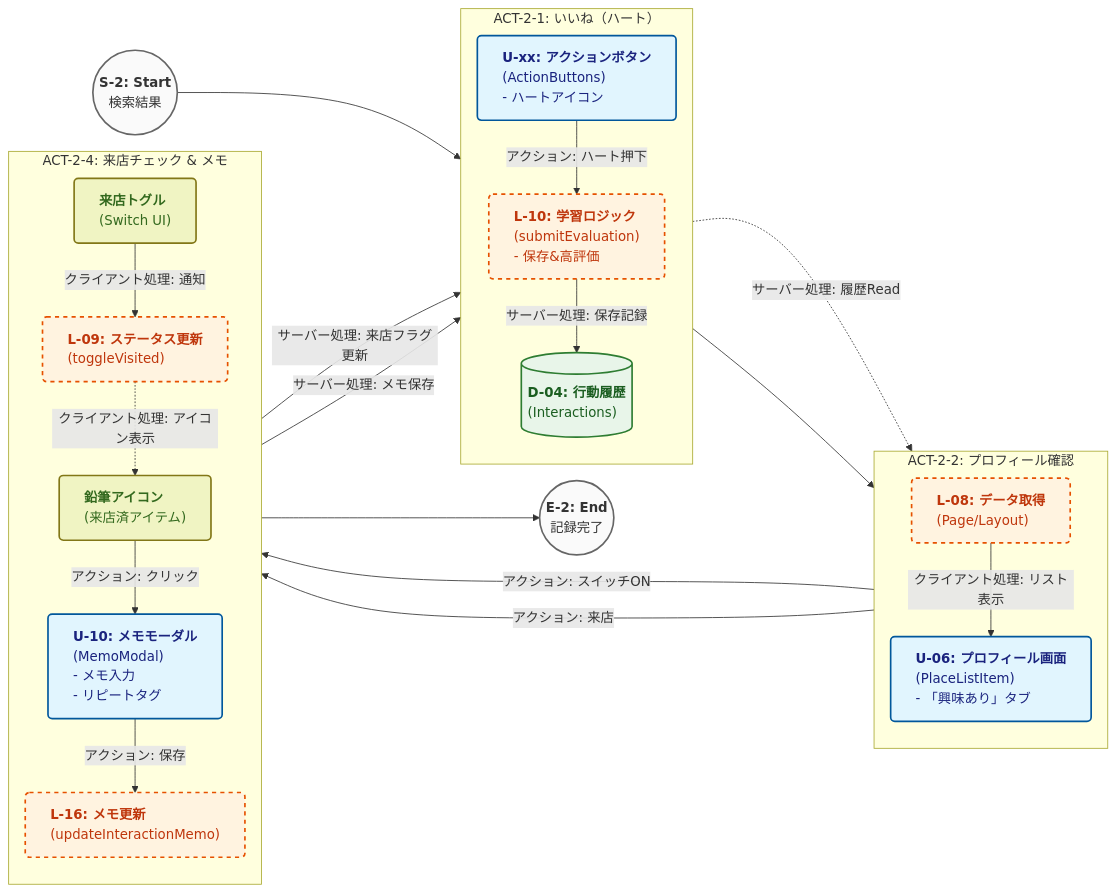
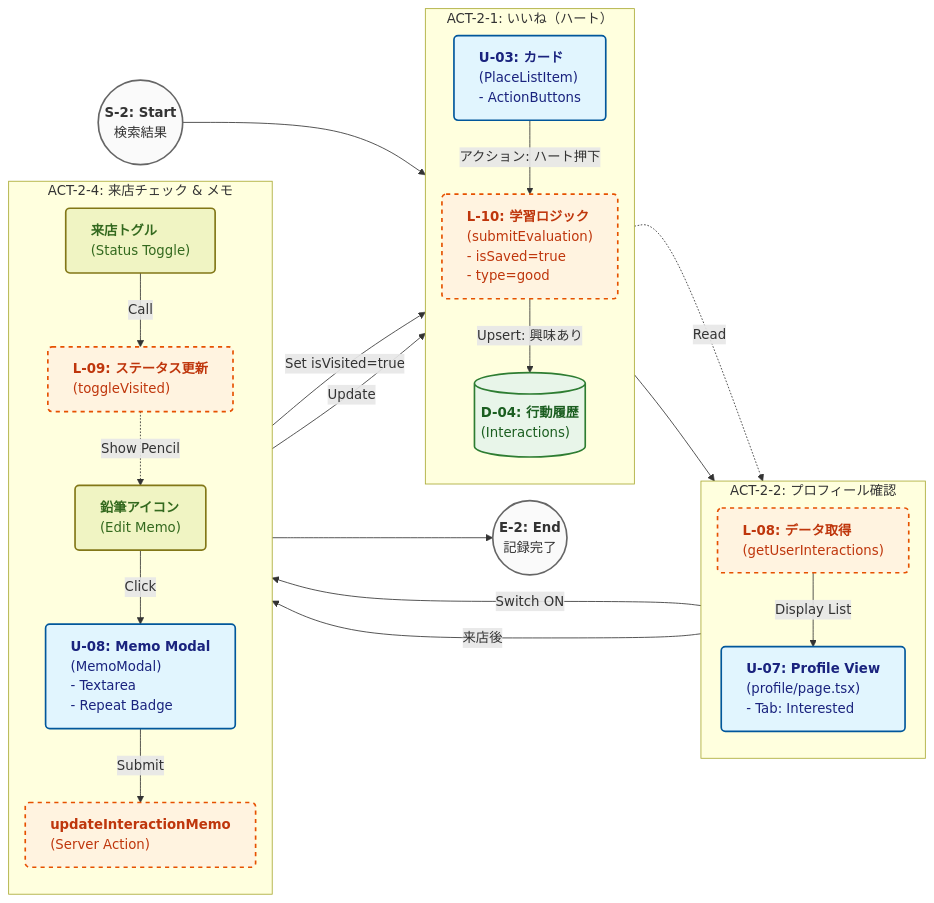
The second of 3 diagrams in docs/仕様書v2.md (plplbody/googlemap-reviews-AIanalyzer), drawn with Mermaid before and after one commit. The commit also changed other lines of this file and 33 other files, not shown here.

````diff
--- a/docs/仕様書v2.md
+++ b/docs/仕様書v2.md
@@ -345,57 +356,57 @@
 ```mermaid
 %%{init: {'flowchart': {'useMaxWidth': false, 'rankSpacing': 40, 'nodeSpacing': 20}}}%%
 flowchart LR
     %% Definitions
     classDef ui fill:#e1f5fe,stroke:#01579b,stroke-width:2px,rx:5,ry:5,color:#1a237e,text-align:left
     classDef comp fill:#f0f4c3,stroke:#827717,stroke-width:2px,rx:5,ry:5,color:#33691e,text-align:left
     classDef logic fill:#fff3e0,stroke:#e65100,stroke-width:2px,stroke-dasharray: 5 5,rx:5,ry:5,color:#bf360c,text-align:left
     classDef db fill:#e8f5e9,stroke:#2e7d32,stroke-width:2px,rx:0,ry:0,color:#1b5e20,text-align:left
     classDef startend fill:#fafafa,stroke:#666,stroke-width:2px,rx:20,ry:20,color:#333
 
     %% Start/End
     S2_Start(("<b>S-2: Start</b><br/>検索結果")):::startend
     S2_End(("<b>E-2: End</b><br/>記録完了")):::startend
 
     subgraph ACT_2_1 ["ACT-2-1: いいね（ハート）"]
         direction TB
-        U_Action["<b>U-xx: アクションボタン</b><br/>(ActionButtons)<br/>- ハートアイコン"]:::ui
-        L_Eval["<b>L-10: 学習ロジック</b><br/>(submitEvaluation)<br/>- 保存&高評価"]:::logic
+        U_Card["<b>U-03: カード</b><br/>(PlaceListItem)<br/>- ActionButtons"]:::ui
+        L_Eval["<b>L-10: 学習ロジック</b><br/>(submitEvaluation)<br/>- isSaved=true<br/>- type=good"]:::logic
         D_04_S2[("<b>D-04: 行動履歴</b><br/>(Interactions)")]:::db
         
-        U_Action -- "アクション: ハート押下" --> L_Eval
-        L_Eval -- "サーバー処理: 保存記録" --> D_04_S2
+        U_Card -- "アクション: ハート押下" --> L_Eval
+        L_Eval -- "Upsert: 興味あり" --> D_04_S2
     end
 
     subgraph ACT_2_2 ["ACT-2-2: プロフィール確認"]
         direction TB
-        U_Profile["<b>U-06: プロフィール画面</b><br/>(PlaceListItem)<br/>- 「興味あり」タブ"]:::ui
-        L_Fetch["<b>L-08: データ取得</b><br/>(Page/Layout)"]:::logic
+        U_Profile["<b>U-07: Profile View</b><br/>(profile/page.tsx)<br/>- Tab: Interested"]:::ui
+        L_Fetch["<b>L-08: データ取得</b><br/>(getUserInteractions)"]:::logic
         
-        D_04_S2 -. "サーバー処理: 履歴Read" .-> L_Fetch
-        L_Fetch -- "クライアント処理: リスト表示" --> U_Profile
+        D_04_S2 -. "Read" .-> L_Fetch
+        L_Fetch -- "Display List" --> U_Profile
     end
 
     subgraph ACT_2_4 ["ACT-2-4: 来店チェック & メモ"]
         direction TB
-        C_Toggle["<b>来店トグル</b><br/>(Switch UI)"]:::comp
-        C_Pencil["<b>鉛筆アイコン</b><br/>(来店済アイテム)"]:::comp
-        U_Memo["<b>U-10: メモモーダル</b><br/>(MemoModal)<br/>- メモ入力<br/>- リピートタグ"]:::ui
+        C_Toggle["<b>来店トグル</b><br/>(Status Toggle)"]:::comp
+        C_Pencil["<b>鉛筆アイコン</b><br/>(Edit Memo)"]:::comp
+        U_Memo["<b>U-08: Memo Modal</b><br/>(MemoModal)<br/>- Textarea<br/>- Repeat Badge"]:::ui
         
         L_Status["<b>L-09: ステータス更新</b><br/>(toggleVisited)"]:::logic
-        L_Memo["<b>L-16: メモ更新</b><br/>(updateInteractionMemo)"]:::logic
+        L_Memo["<b>updateInteractionMemo</b><br/>(Server Action)"]:::logic
         
-        U_Profile -- "アクション: スイッチON" --> C_Toggle
-        C_Toggle -- "クライアント処理: 通知" --> L_Status
-        L_Status -- "サーバー処理: 来店フラグ更新" --> D_04_S2
+        U_Profile -- "Switch ON" --> C_Toggle
+        C_Toggle -- "Call" --> L_Status
+        L_Status -- "Set isVisited=true" --> D_04_S2
         
-        L_Status -. "クライアント処理: アイコン表示" .-> C_Pencil
-        C_Pencil -- "アクション: クリック" --> U_Memo
-        U_Memo -- "アクション: 保存" --> L_Memo
-        L_Memo -- "サーバー処理: メモ保存" --> D_04_S2
+        L_Status -. "Show Pencil" .-> C_Pencil
+        C_Pencil -- "Click" --> U_Memo
+        U_Memo -- "Submit" --> L_Memo
+        L_Memo -- "Update" --> D_04_S2
     end
 
     S2_Start --> ACT_2_1
     ACT_2_1 --> ACT_2_2
-    ACT_2_2 -- "アクション: 来店" --> ACT_2_4
+    ACT_2_2 -- "来店後" --> ACT_2_4
     ACT_2_4 --> S2_End
 ```
````
